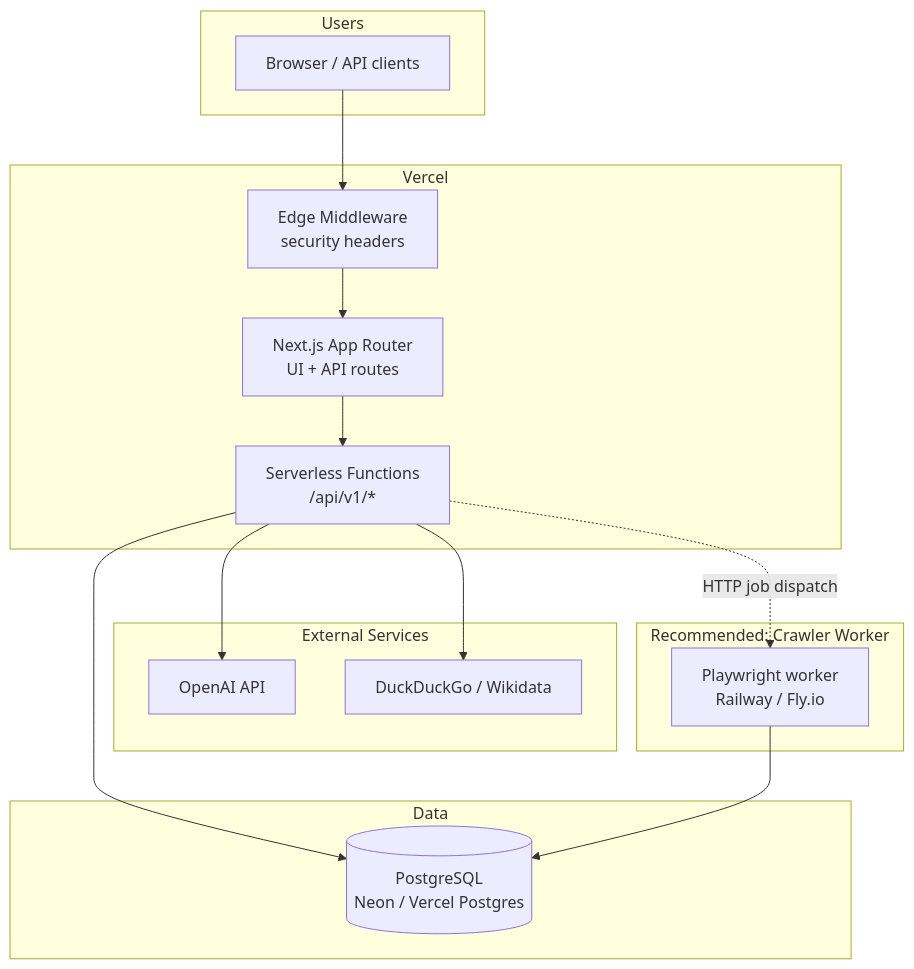
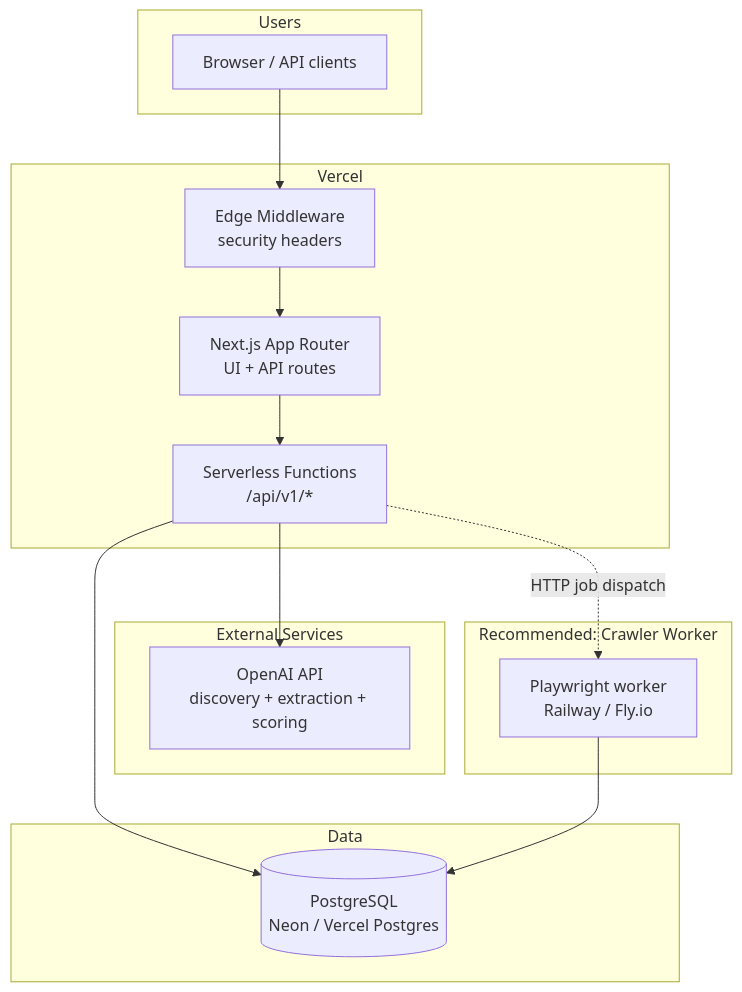
One commit to sherwin-casem/Sales-support-tool changed the diagram in docs/deployment.md. Above: the diagram before and after it, drawn with Mermaid. The commit also changed 21 other files, not shown here.

````diff
--- a/docs/deployment.md
+++ b/docs/deployment.md
@@ -9,33 +9,31 @@
 ```mermaid
 flowchart TB
   subgraph users [Users]
     Browser[Browser / API clients]
   end
 
   subgraph vercel [Vercel]
     Edge[Edge Middleware<br/>security headers]
     Next[Next.js App Router<br/>UI + API routes]
     Fn[Serverless Functions<br/>/api/v1/*]
   end
 
   subgraph data [Data]
     PG[(PostgreSQL<br/>Neon / Vercel Postgres)]
   end
 
   subgraph external [External Services]
-    OpenAI[OpenAI API]
-    Discovery[DuckDuckGo / Wikidata]
+    OpenAI[OpenAI API<br/>discovery + extraction + scoring]
   end
 
   subgraph worker [Recommended: Crawler Worker]
     Crawler[Playwright worker<br/>Railway / Fly.io]
   end
 
   Browser --> Edge --> Next
   Next --> Fn
   Fn --> PG
   Fn --> OpenAI
-  Fn --> Discovery
   Fn -.->|HTTP job dispatch| Crawler
   Crawler --> PG
 ```
````
